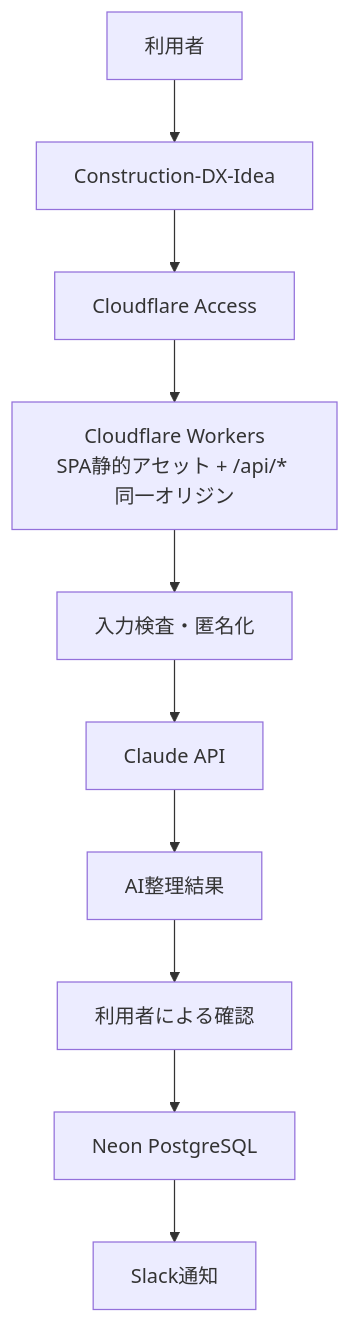
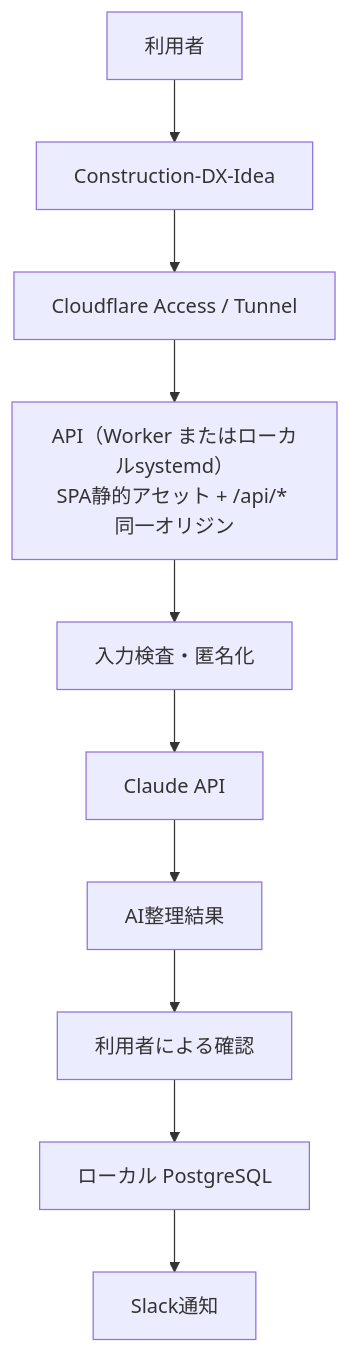
One commit to Kensan196948G/Construction-DX-Idea changed the tenth of 11 diagrams in README.md. Above: the diagram before and after it, drawn with Mermaid. The commit also changed other lines of this file and 14 other files, not shown here.

````diff
--- a/README.md
+++ b/README.md
@@ -309,12 +310,12 @@
 ```mermaid
 flowchart TD
     A["利用者"] --> B["Construction-DX-Idea"]
-    B --> C["Cloudflare Access"]
-    C --> D["Cloudflare Workers<br/>SPA静的アセット + /api/* 同一オリジン"]
+    B --> C["Cloudflare Access / Tunnel"]
+    C --> D["API（Worker またはローカルsystemd）<br/>SPA静的アセット + /api/* 同一オリジン"]
     D --> E["入力検査・匿名化"]
     E --> F["Claude API"]
     F --> G["AI整理結果"]
     G --> H["利用者による確認"]
-    H --> I["Neon PostgreSQL"]
+    H --> I["ローカル PostgreSQL"]
     I --> J["Slack通知"]
 ```
````
